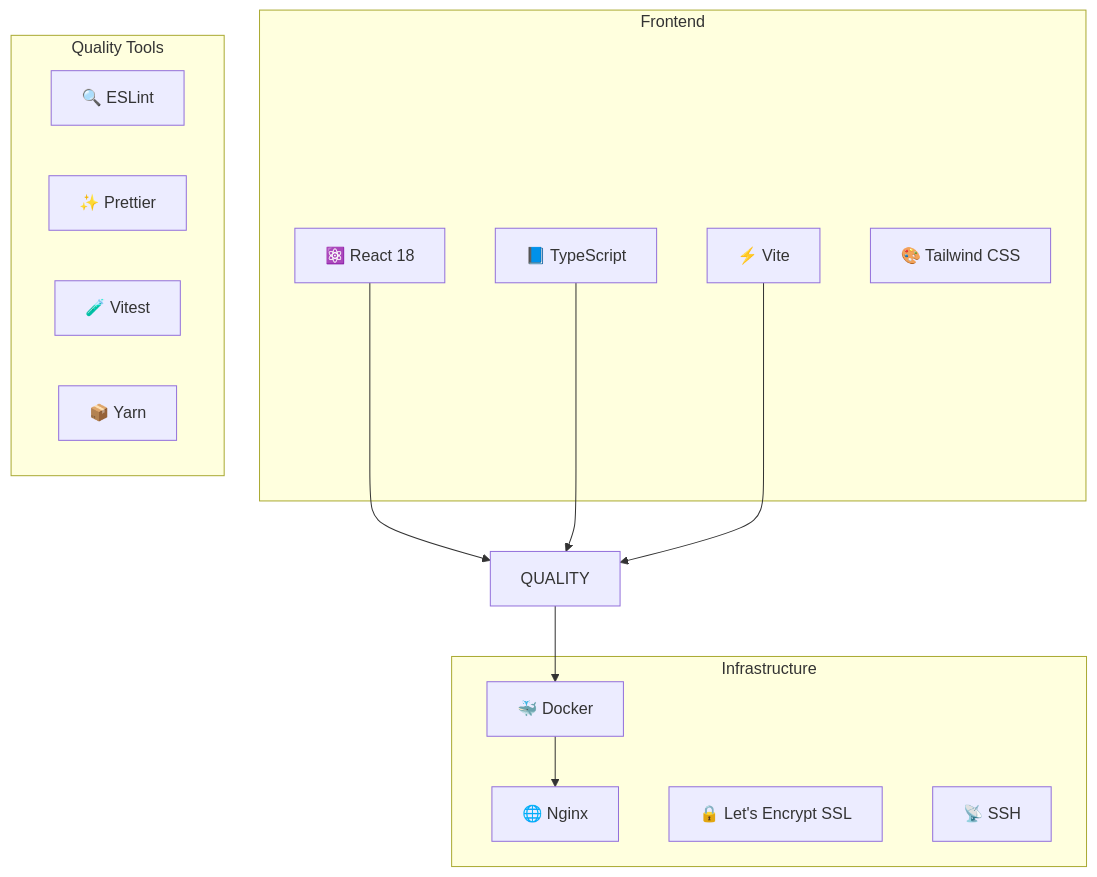
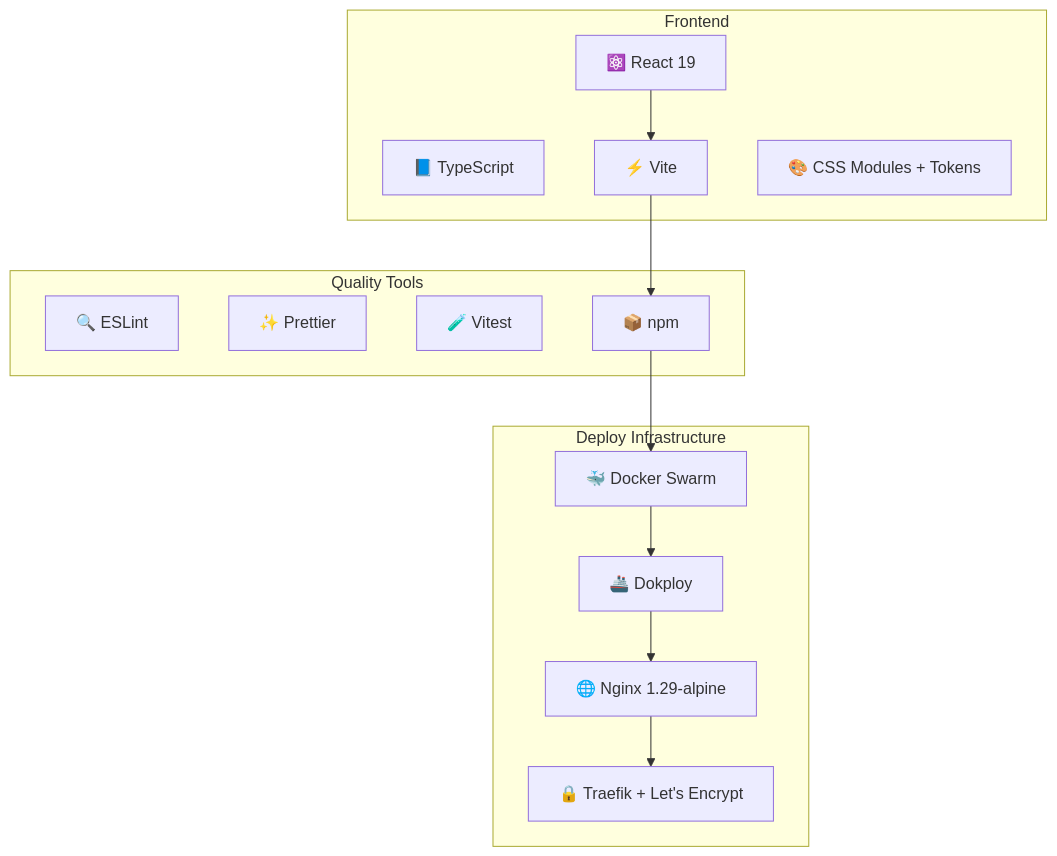
Before and after one commit to TellMeAlex/portfolio: the sixth of 9 diagrams in docs/CI-CD.md, drawn with Mermaid. The commit also changed other lines of this file and 1 other file, not shown here.

First line of the commit message:
docs: rewrite CI-CD.md and TROUBLESHOOTING.md for Dokploy deploy (#92)

````diff
--- a/docs/CI-CD.md
+++ b/docs/CI-CD.md
@@ -118,29 +158,30 @@
 ```mermaid
 graph TB
     subgraph "Frontend"
-        REACT[⚛️ React 18]
+        REACT[⚛️ React 19]
         TS[📘 TypeScript]
         VITE[⚡ Vite]
-        TAIL[🎨 Tailwind CSS]
+        CSS[🎨 CSS Modules + Tokens]
     end
 
     subgraph "Quality Tools"
         ESLINT[🔍 ESLint]
         PRETTIER[✨ Prettier]
         VITEST[🧪 Vitest]
-        YARN[📦 Yarn]
+        NPM[📦 npm]
     end
 
-    subgraph "Infrastructure"
-        DOCKER[🐳 Docker]
-        NGINX[🌐 Nginx]
-        SSL[🔒 Let's Encrypt SSL]
-        SSH[📡 SSH]
+    subgraph "Deploy Infrastructure"
+        DOK[🚢 Dokploy]
+        DOCKER[🐳 Docker Swarm]
+        NGINX[🌐 Nginx 1.29-alpine]
+        TRAEFIK[🔒 Traefik + Let's Encrypt]
     end
 
-    REACT --> QUALITY
-    TS --> QUALITY
-    VITE --> QUALITY
-    QUALITY --> DOCKER
-    DOCKER --> NGINX
+    REACT --> VITE
+    VITE --> NPM
+    NPM --> DOCKER
+    DOCKER --> DOK
+    DOK --> NGINX
+    NGINX --> TRAEFIK
 ```
````
